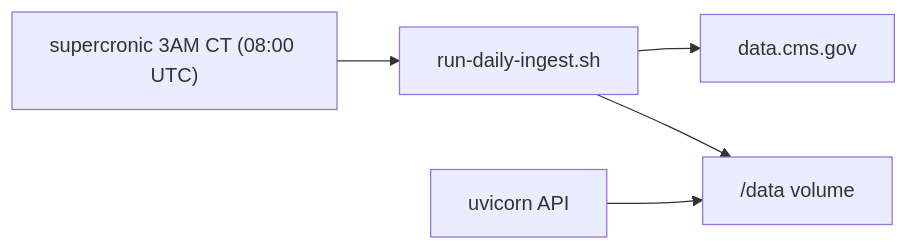
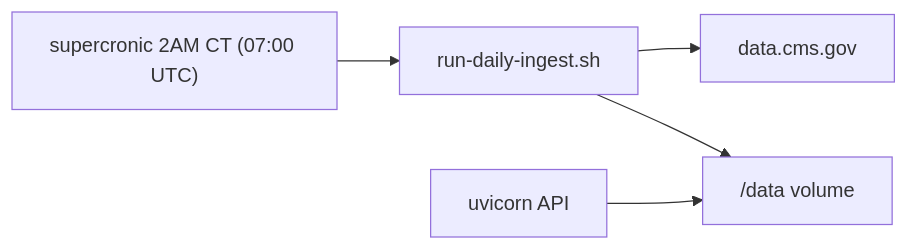
Before and after one commit to SreeCodes2021/Medicare-drug-cost-navigator: the diagram in docs/deployment.md, drawn with Mermaid. The commit also changed other lines of this file and 16 other files, not shown here.

````diff
--- a/docs/deployment.md
+++ b/docs/deployment.md
@@ -76,13 +76,13 @@
 ```mermaid
 flowchart LR
-    Scheduler["supercronic 3AM CT (08:00 UTC)"]
+    Scheduler["supercronic 2AM CT (07:00 UTC)"]
     Ingest["run-daily-ingest.sh"]
     CMS[data.cms.gov]
     DataVol["/data volume"]
     API[uvicorn API]
 
     Scheduler --> Ingest
     Ingest --> CMS
     Ingest --> DataVol
     API --> DataVol
 ```
````
